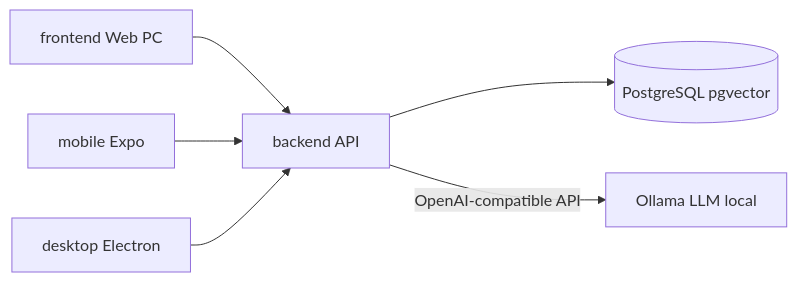
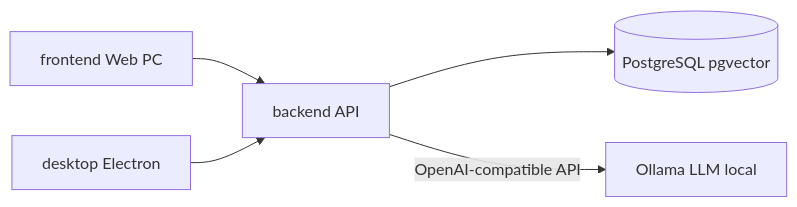
Before and after one commit to LongLee0605/healthguard: the diagram in docs/ARCHITECTURE.md, drawn with Mermaid. The commit also changed other lines of this file and 64 other files, not shown here.

````diff
--- a/docs/ARCHITECTURE.md
+++ b/docs/ARCHITECTURE.md
@@ -29,27 +25,23 @@
 ```mermaid
 
 flowchart LR
 
   Web[frontend Web PC]
-
-  Mobile[mobile Expo]
 
   Desktop[desktop Electron]
 
   BE[backend API]
 
   PG[(PostgreSQL pgvector)]
 
   Ollama[Ollama LLM local]
 
   Web --> BE
 
-  Mobile --> BE
-
   Desktop --> BE
 
   BE --> PG
 
   BE -->|"OpenAI-compatible API"| Ollama
 
 ```
````
